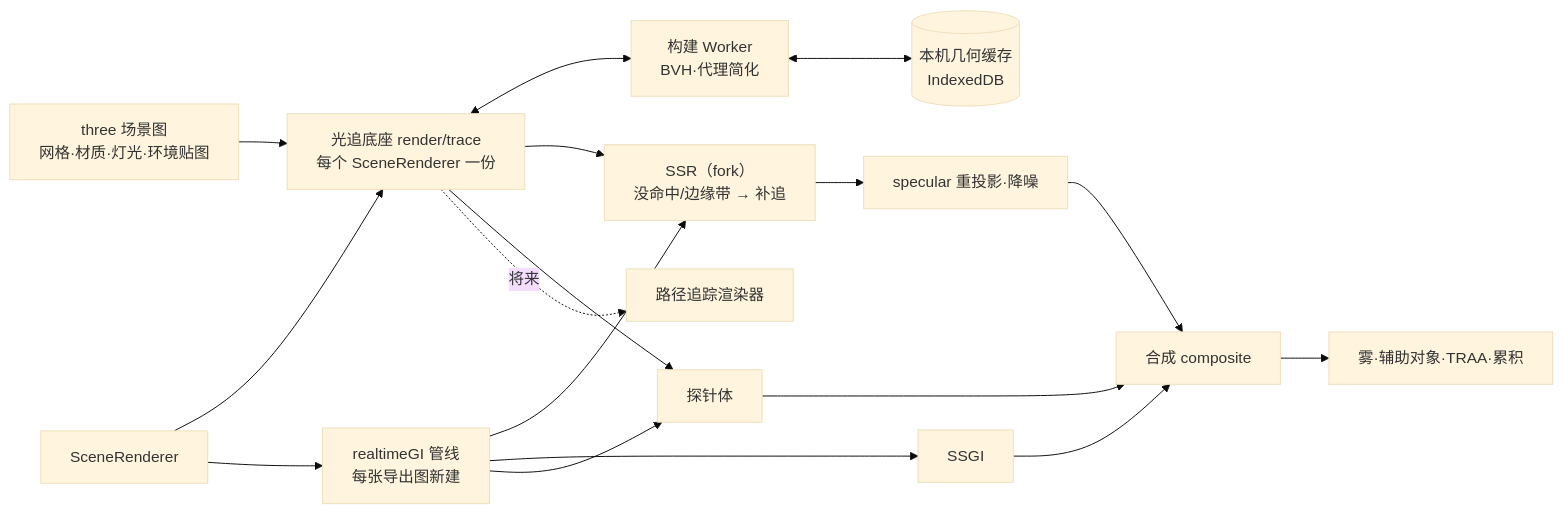
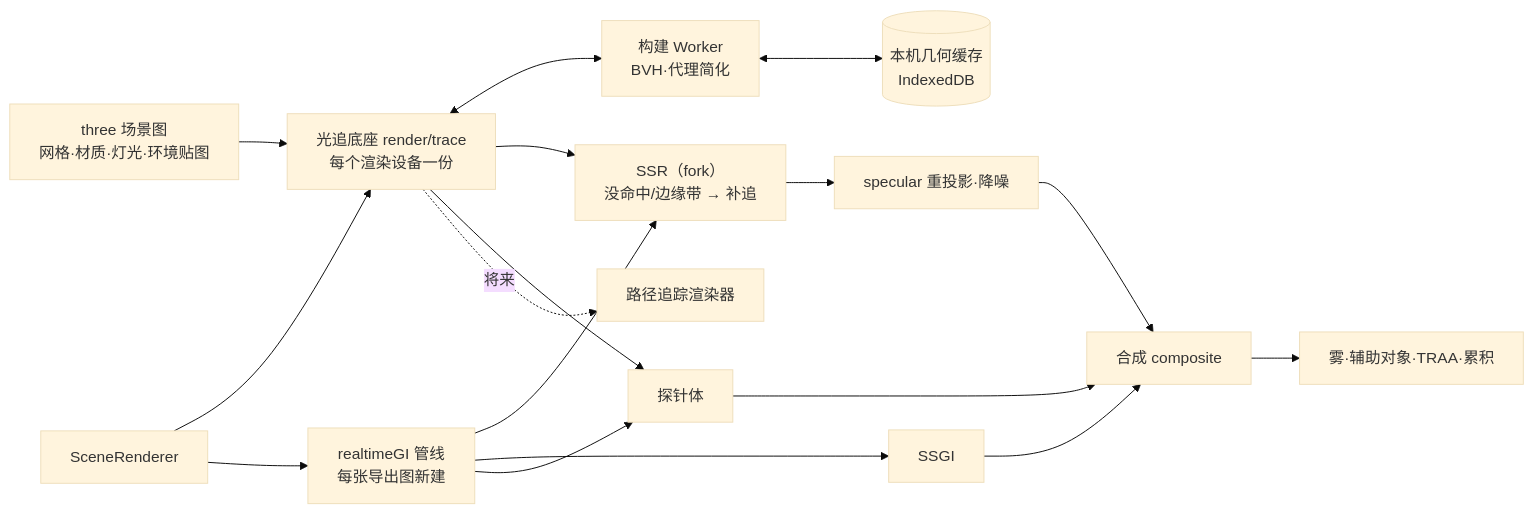
One commit to ltwin/customer_manage_platform changed the diagram in .lti/features/2026-10-23-scene-world-space-gi/design.md. Above: the diagram before and after it, drawn with Mermaid (base theme). The commit also changed other lines of this file and 9 other files, not shown here.

````diff
--- a/.lti/features/2026-10-23-scene-world-space-gi/design.md
+++ b/.lti/features/2026-10-23-scene-world-space-gi/design.md
@@ -92,19 +92,19 @@
 ```mermaid
 flowchart LR
-  SG[three 场景图<br/>网格·材质·灯光·环境贴图] --> TS[光追底座 render/trace<br/>每个 SceneRenderer 一份]
+  SG[three 场景图<br/>网格·材质·灯光·环境贴图] --> TS[光追底座 render/trace<br/>每个渲染设备一份]
   SR[SceneRenderer] --> TS
   TS <--> WK[构建 Worker<br/>BVH·代理简化]
   WK <--> DB[(本机几何缓存<br/>IndexedDB)]
   SR --> RG[realtimeGI 管线<br/>每张导出图新建]
   RG --> SSR[SSR（fork）<br/>没命中/边缘带 → 补追]
   RG --> SSGI[SSGI]
   RG --> PV[探针体]
   TS --> SSR
   TS --> PV
   SSR --> DN[specular 重投影·降噪]
   SSGI --> C[合成 composite]
   DN --> C
   PV --> C
   C --> F[雾·辅助对象·TRAA·累积]
   TS -.将来.-> PT[路径追踪渲染器]
 ```
````
